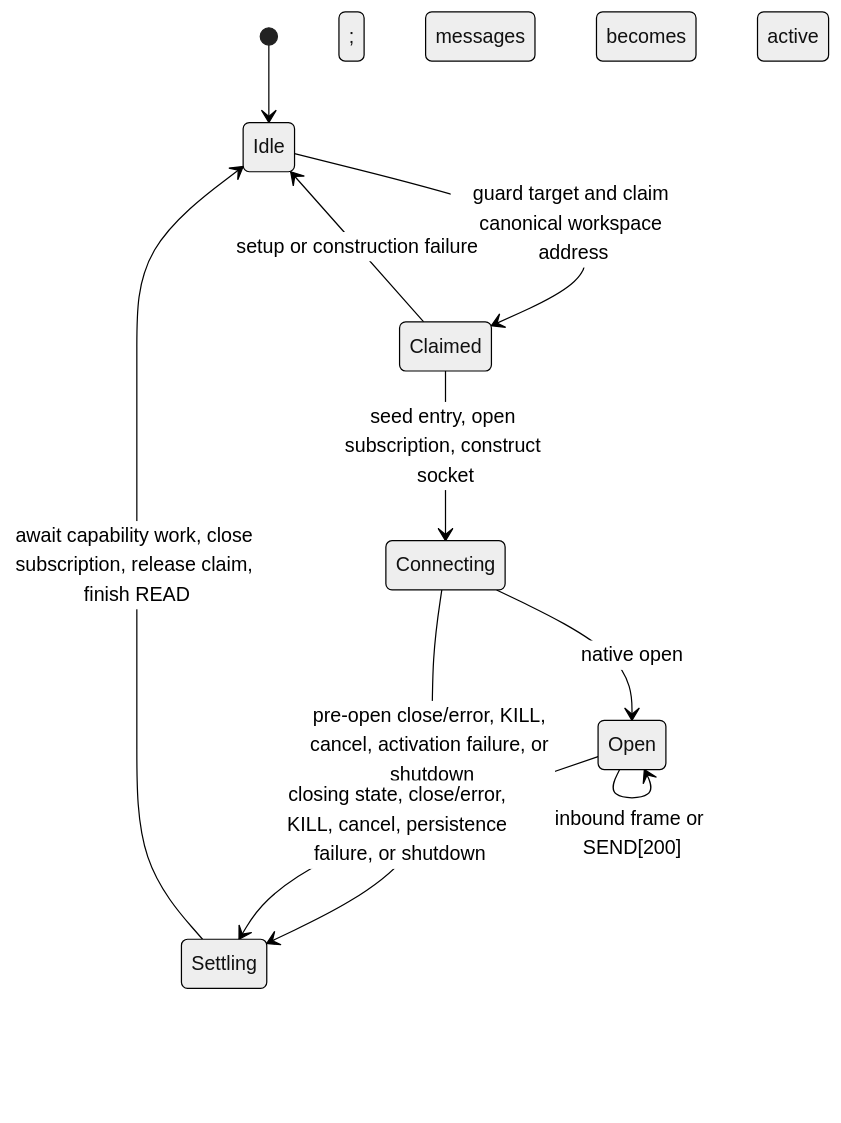
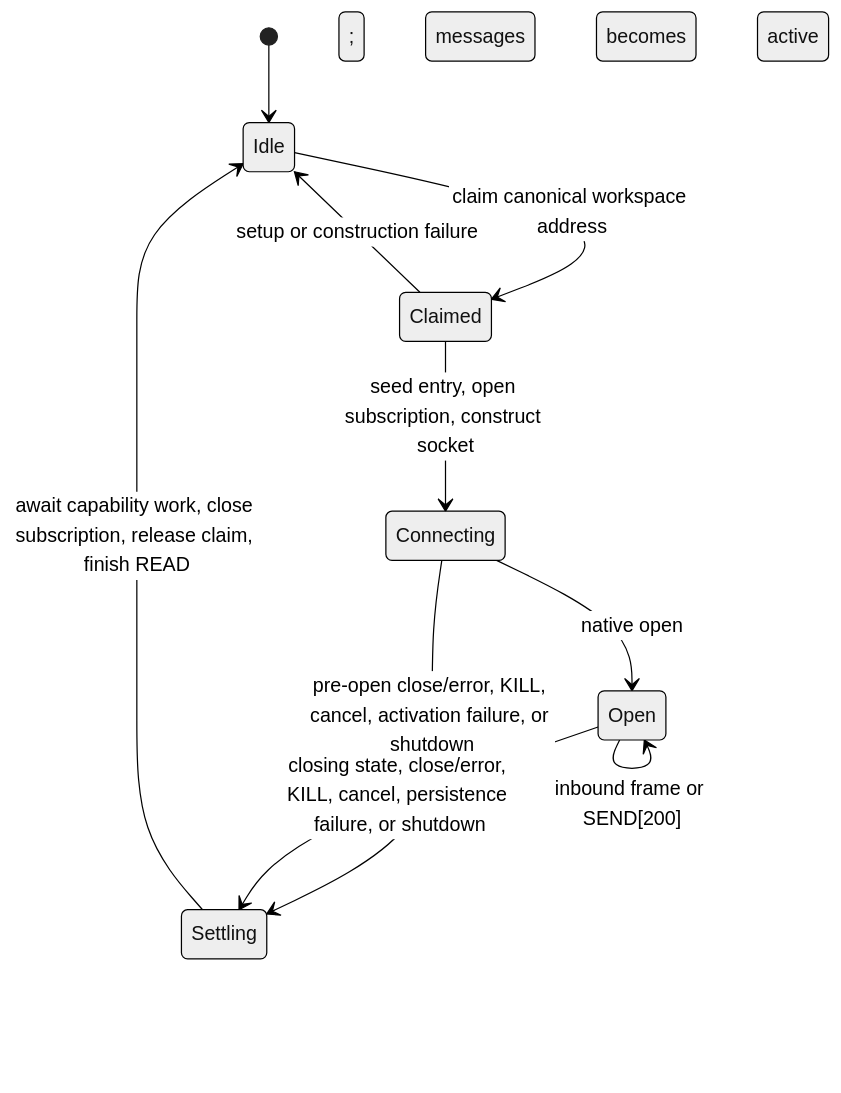
One commit to plurnk/plurnk-service changed the second of 2 diagrams in plurnk-schemes-http/SPEC.md. Above: the diagram before and after it, drawn with Mermaid (neutral theme). The commit also changed other lines of this file and 22 other files, not shown here.

````diff
--- a/plurnk-schemes-http/SPEC.md
+++ b/plurnk-schemes-http/SPEC.md
@@ -294,12 +294,12 @@
 ```mermaid
 stateDiagram-v2
     [*] --> Idle
-    Idle --> Claimed: guard target and claim canonical workspace address
+    Idle --> Claimed: claim canonical workspace address
     Claimed --> Connecting: seed entry, open subscription, construct socket
     Claimed --> Idle: setup or construction failure
     Connecting --> Open: native open; messages becomes active
     Connecting --> Settling: pre-open close/error, KILL, cancel, activation failure, or shutdown
     Open --> Open: inbound frame or SEND[200]
     Open --> Settling: closing state, close/error, KILL, cancel, persistence failure, or shutdown
     Settling --> Idle: await capability work, close subscription, release claim, finish READ
 ```
````
